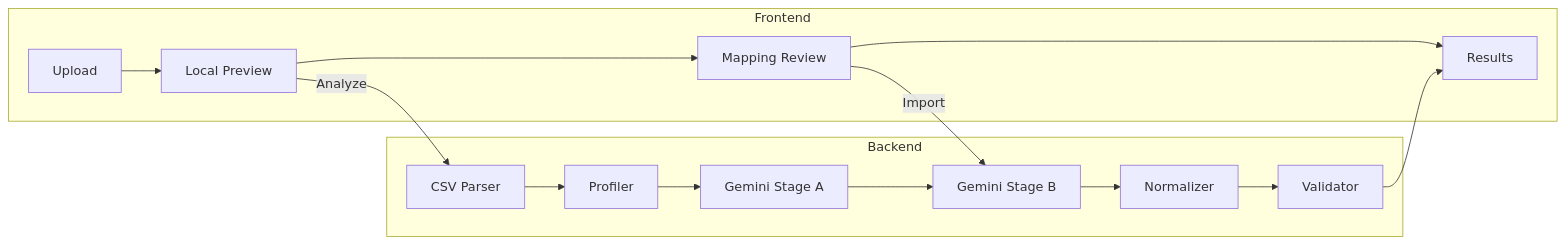
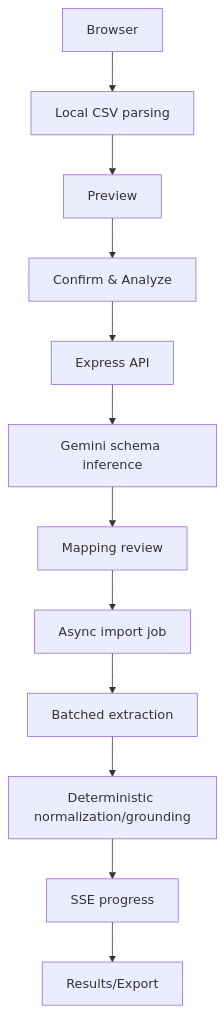
The diagram in README.md (guptakaran20/GrowEasyIntern), drawn with Mermaid before and after one commit. The commit also changed other lines of this file and 6 other files, not shown here.

````diff
--- a/README.md
+++ b/README.md
@@ -28,18 +69,14 @@
 ```mermaid
-flowchart LR
-    subgraph Frontend
-        A[Upload] --> B[Local Preview]
-        B --> C[Mapping Review]
-        C --> D[Results]
-    end
-    subgraph Backend
-        E[CSV Parser] --> F[Profiler]
-        F --> G[Gemini Stage A]
-        G --> H[Gemini Stage B]
-        H --> I[Normalizer]
-        I --> J[Validator]
-    end
-    B -->|Analyze| E
-    C -->|Import| H
-    J --> D
+graph TD
+    A[Browser] --> B[Local CSV parsing]
+    B --> C[Preview]
+    C --> D[Confirm & Analyze]
+    D --> E[Express API]
+    E --> F[Gemini schema inference]
+    F --> G[Mapping review]
+    G --> H[Async import job]
+    H --> I[Batched extraction]
+    I --> J[Deterministic normalization/grounding]
+    J --> K[SSE progress]
+    K --> L[Results/Export]
 ```
````
